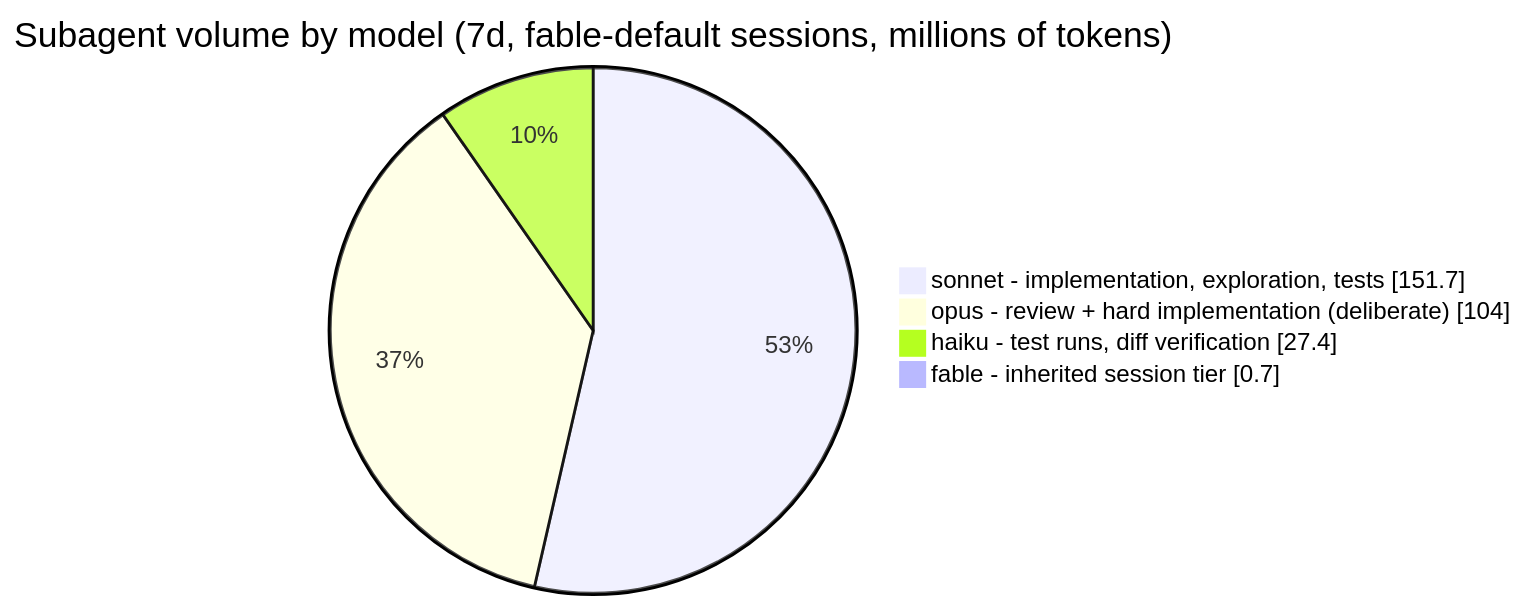
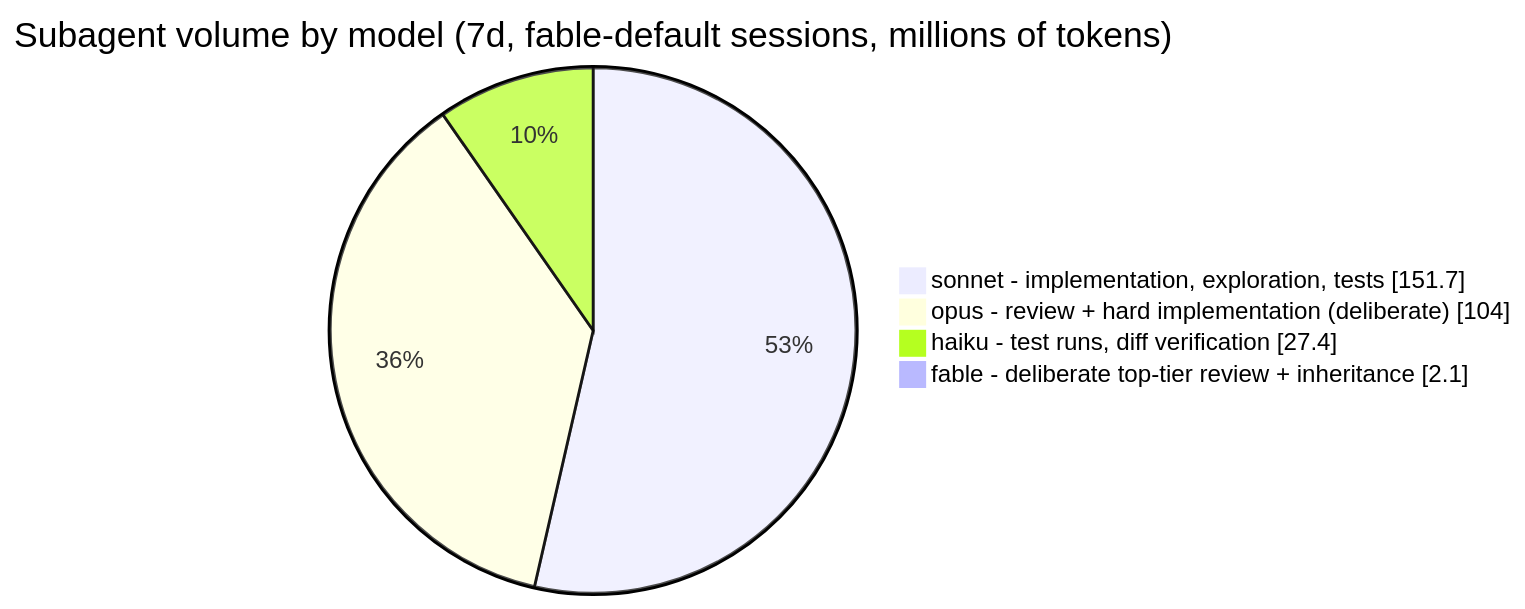
The second of 3 diagrams in README.md (AqueGen/model-routing), drawn with Mermaid before and after one commit. The commit also changed other lines of this file and 2 other files, not shown here.

````diff
--- a/README.md
+++ b/README.md
@@ -95,7 +104,7 @@
 ```mermaid
 pie showData title Subagent volume by model (7d, fable-default sessions, millions of tokens)
     "sonnet - implementation, exploration, tests" : 151.7
     "opus - review + hard implementation (deliberate)" : 104.0
     "haiku - test runs, diff verification" : 27.4
-    "fable - inherited session tier" : 0.7
+    "fable - deliberate top-tier review + inheritance" : 2.1
 ```
````
